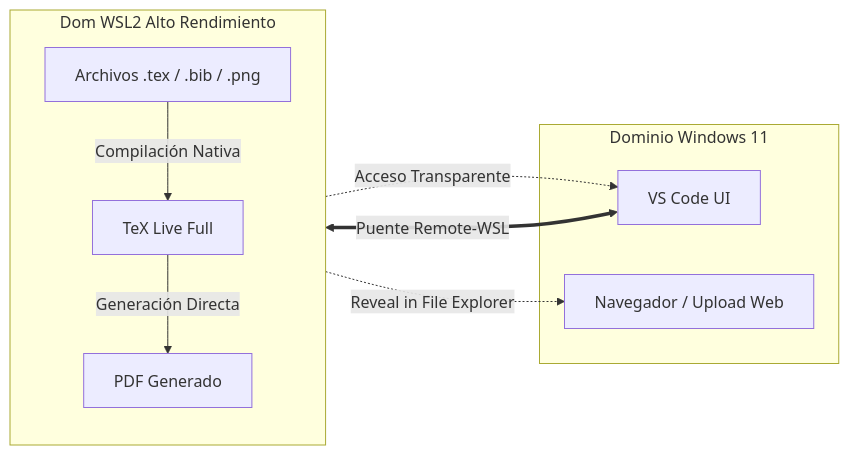
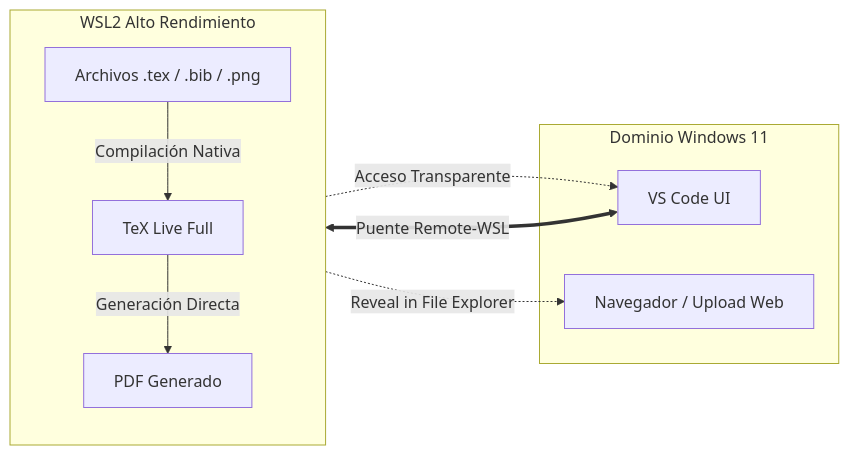
The diagram in p_bitacora/bp08_edit-LaTeX-on-Win-Wsl.md (touxstone/bug-free-funicular), drawn with Mermaid before and after one commit.

Commit message:
fixing graphTD00

````diff
--- a/p_bitacora/bp08_edit-LaTeX-on-Win-Wsl.md
+++ b/p_bitacora/bp08_edit-LaTeX-on-Win-Wsl.md
@@ -30,21 +30,21 @@
 ```mermaid
 graph LR
     subgraph Win11 [Dominio Windows 11]
         VSC[VS Code UI]:::win
         Browser[Navegador / Upload Web]:::win
     end
 
-    subgraph WSL_Ubuntu [Dom WSL2 Alto Rendimiento]
+    subgraph WSL_Ubuntu [WSL2 Alto Rendimiento]
         direction TB
         TL[TeX Live Full]:::wsl
         Files[Archivos .tex / .bib / .png]:::wsl
         PDF[PDF Generado]:::wsl
     end
 
     VSC <==>|Puente Remote-WSL| Files
     Files -->|Compilación Nativa| TL
     TL -->|Generación Directa| PDF
     PDF -.->|Acceso Transparente| VSC
     PDF -.->|Reveal in File Explorer| Browser
 
 ```
````
